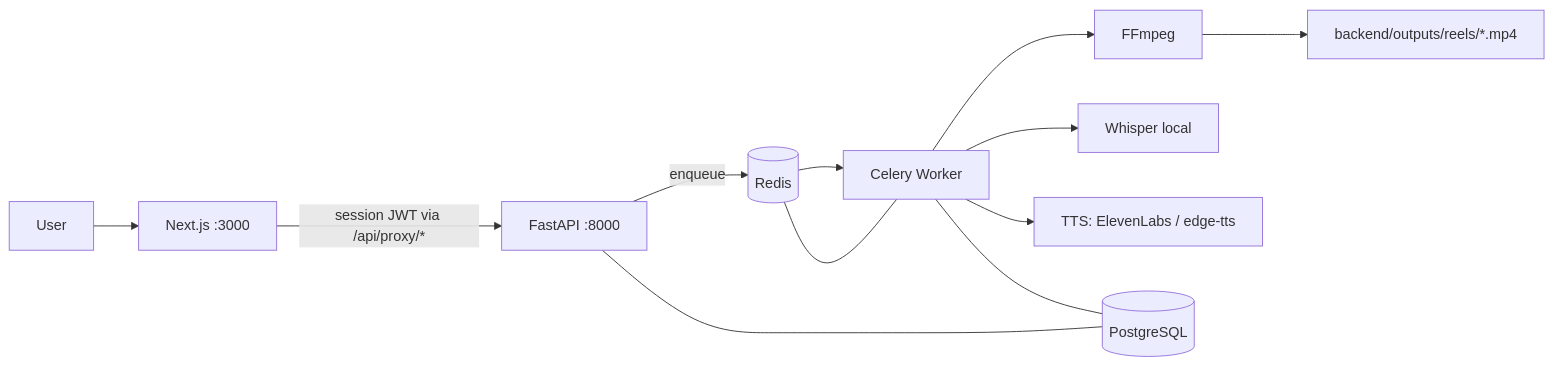
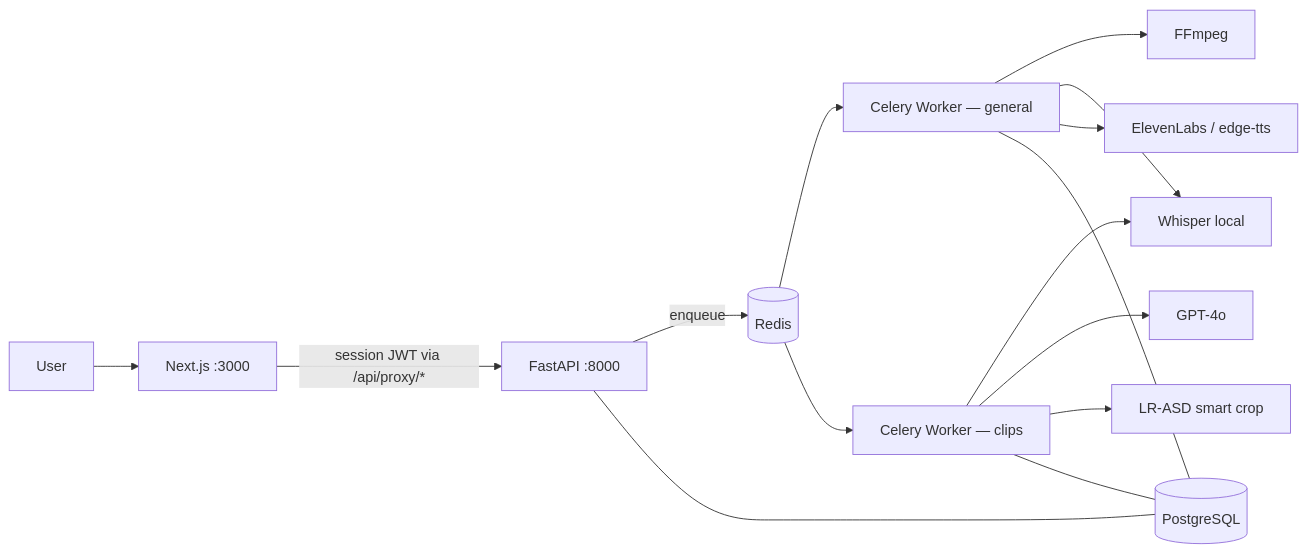
The first of 4 diagrams in README.md (roshankhanxox/redditify), drawn with Mermaid before and after one commit. The commit also changed other lines of this file and 7 other files, not shown here.

````diff
--- a/README.md
+++ b/README.md
@@ -35,14 +60,17 @@
 ```mermaid
 flowchart LR
     U[User] --> FE[Next.js :3000]
     FE -- "session JWT via /api/proxy/*" --> BE[FastAPI :8000]
     BE -- "enqueue" --> RD[(Redis)]
-    RD --> WK[Celery Worker]
+    RD --> WK[Celery Worker — general]
+    RD --> CW[Celery Worker — clips]
     WK --> FF[FFmpeg]
     WK --> WH[Whisper local]
-    WK --> TTS[TTS: ElevenLabs / edge-tts]
+    WK --> TTS[ElevenLabs / edge-tts]
+    CW --> WH
+    CW --> LLM[GPT-4o]
+    CW --> ASD[LR-ASD smart crop]
     BE --- PG[(PostgreSQL)]
     WK --- PG
-    WK --- RD
-    FF --> OUT[backend/outputs/reels/*.mp4]
+    CW --- PG
 ```
````
